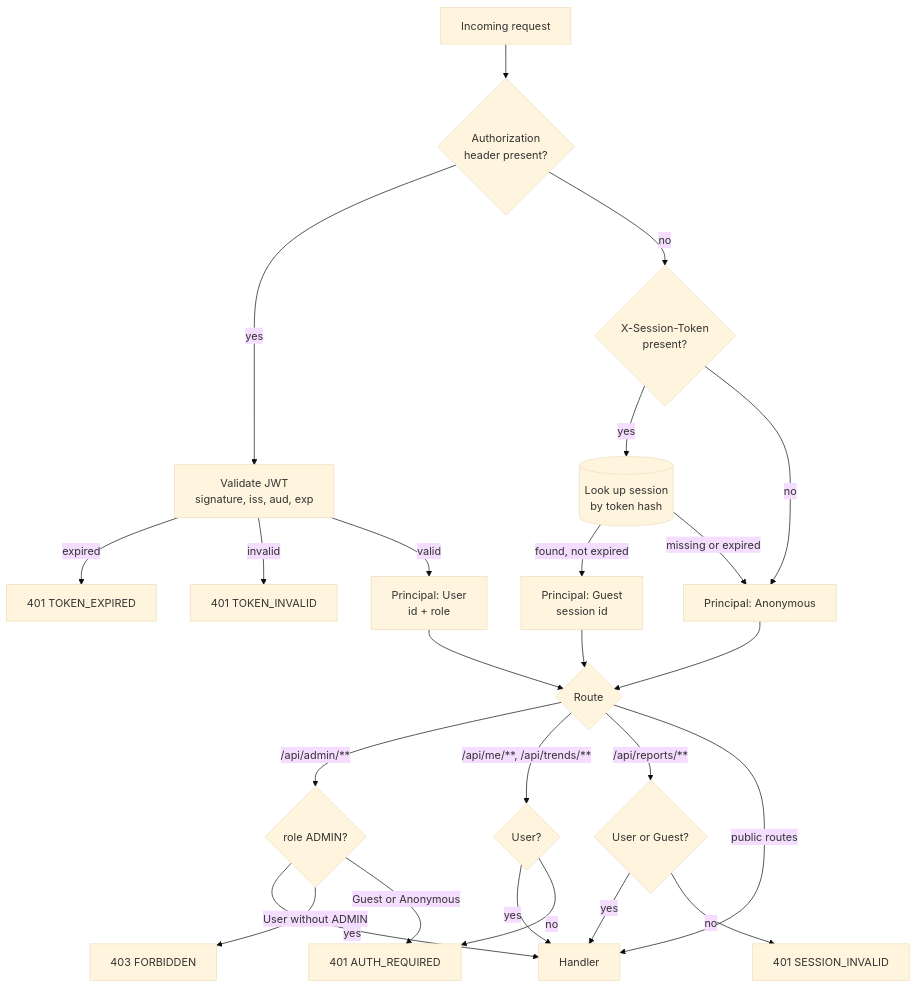
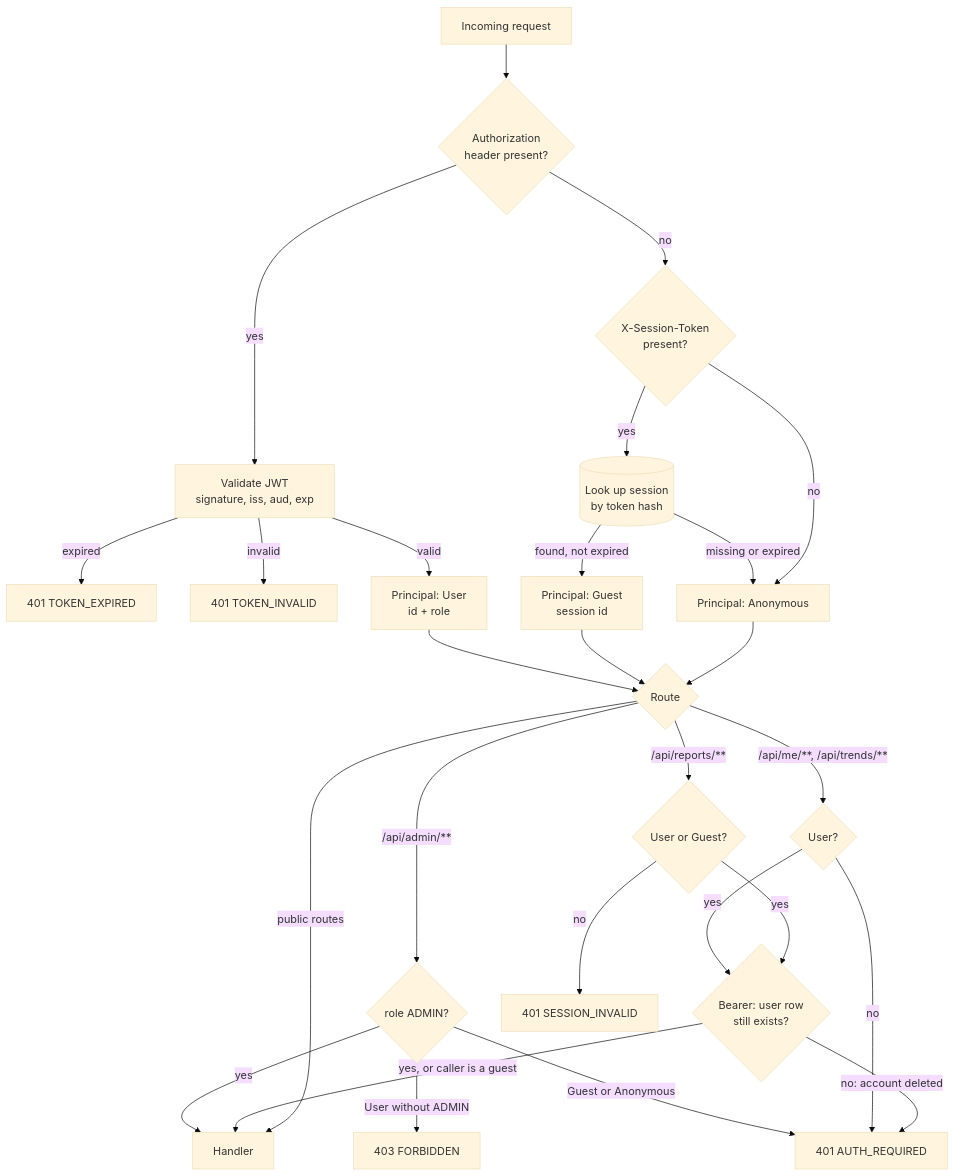
One commit to SaqibCod/medi-scan changed the seventh of 20 diagrams in docs/dataflow.md. Above: the diagram before and after it, drawn with Mermaid (base theme). The commit also changed other lines of this file and 4 other files, not shown here.

````diff
--- a/docs/dataflow.md
+++ b/docs/dataflow.md
@@ -261,27 +261,29 @@
 ```mermaid
 flowchart TD
     R["Incoming request"] --> H1{"Authorization<br/>header present?"}
     H1 -->|"yes"| V["Validate JWT<br/>signature, iss, aud, exp"]
     V -->|"expired"| E1["401 TOKEN_EXPIRED"]
     V -->|"invalid"| E2["401 TOKEN_INVALID"]
     V -->|"valid"| PU["Principal: User<br/>id + role"]
     H1 -->|"no"| H2{"X-Session-Token<br/>present?"}
     H2 -->|"yes"| SL[("Look up session<br/>by token hash")]
     SL -->|"found, not expired"| PG["Principal: Guest<br/>session id"]
     SL -->|"missing or expired"| PA["Principal: Anonymous"]
     H2 -->|"no"| PA
     PU --> RT{"Route"}
     PG --> RT
     PA --> RT
     RT -->|"/api/admin/**"| AD{"role ADMIN?"}
     AD -->|"yes"| OK["Handler"]
     AD -->|"User without ADMIN"| F403["403 FORBIDDEN"]
     AD -->|"Guest or Anonymous"| F401a["401 AUTH_REQUIRED"]
     RT -->|"/api/me/**, /api/trends/**"| U1{"User?"}
-    U1 -->|"yes"| OK
+    U1 -->|"yes"| UX{"Bearer: user row<br/>still exists?"}
     U1 -->|"no"| F401a
     RT -->|"/api/reports/**"| U2{"User or Guest?"}
-    U2 -->|"yes"| OK
+    U2 -->|"yes"| UX
     U2 -->|"no"| F401b["401 SESSION_INVALID"]
+    UX -->|"yes, or caller is a guest"| OK
+    UX -->|"no: account deleted"| F401a
     RT -->|"public routes"| OK
 ```
````
